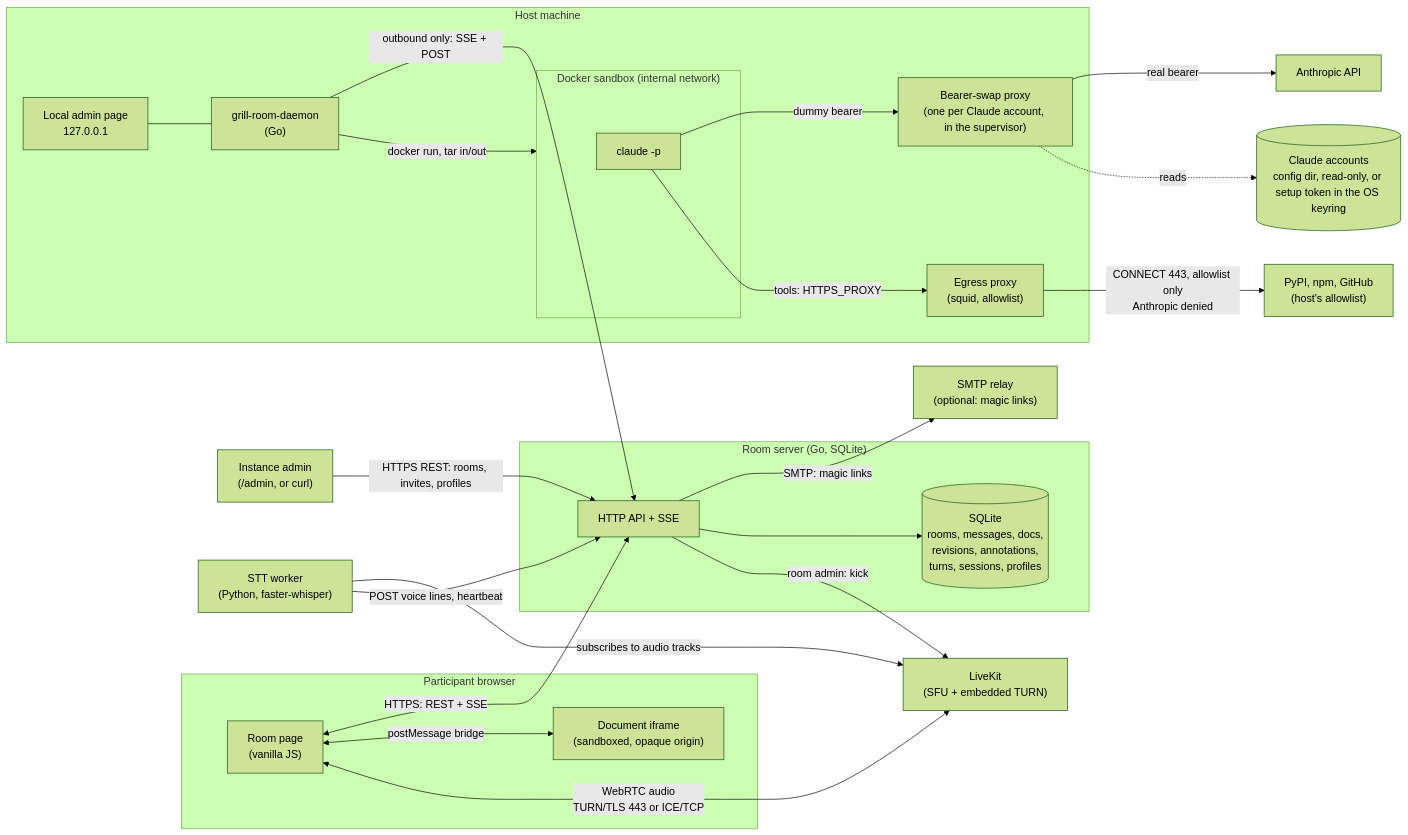
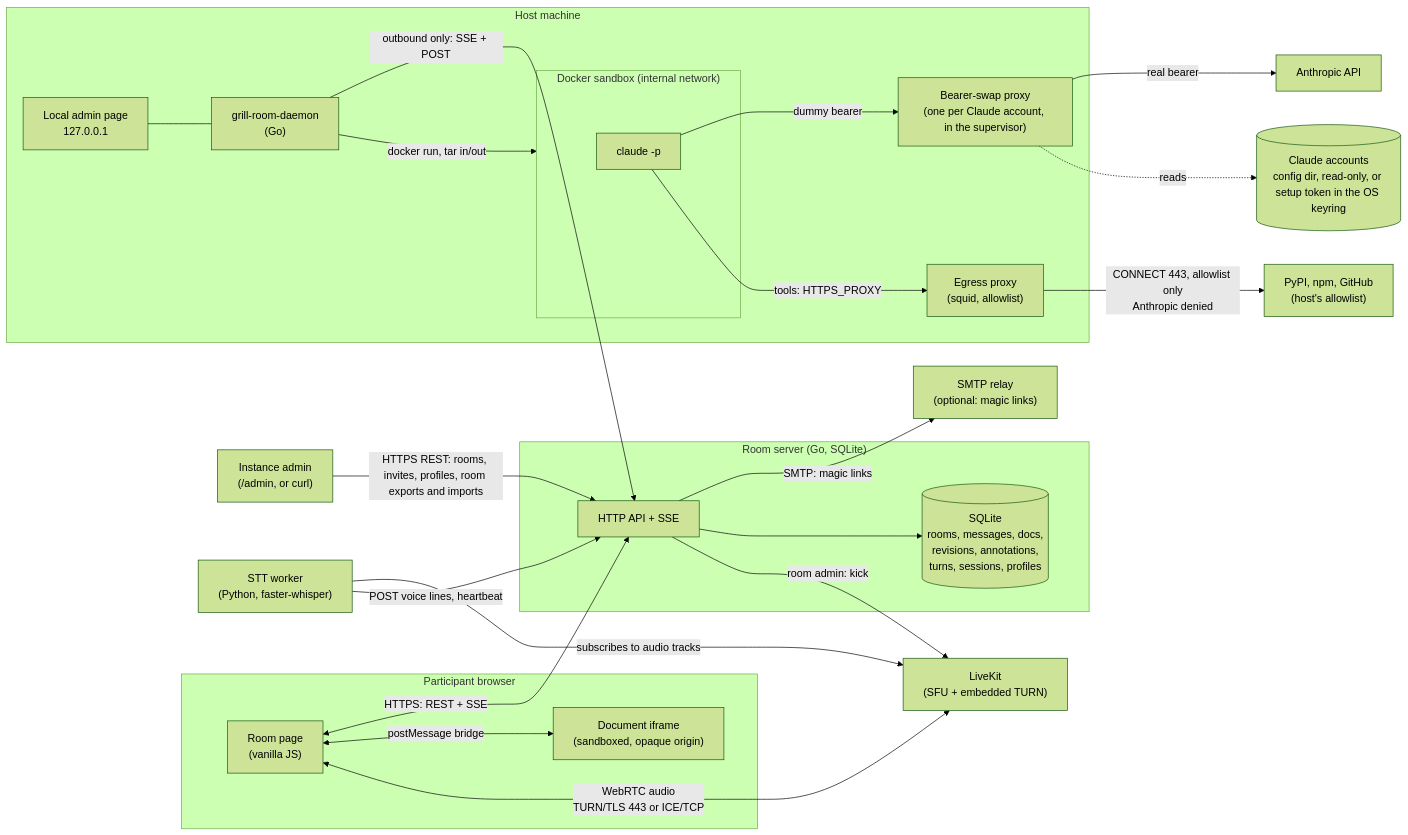
One commit to babs/grill-room changed the diagram in docs/architecture.md. Above: the diagram before and after it, drawn with Mermaid (forest theme). The commit also changed 30 other files, not shown here.

First line of the commit message:
feat(rooms): export a room to a tar.gz and import it as a new room

````diff
--- a/docs/architecture.md
+++ b/docs/architecture.md
@@ -5,48 +5,48 @@
 ```mermaid
 flowchart LR
   subgraph Browser["Participant browser"]
     UI["Room page<br/>(vanilla JS)"]
     Frame["Document iframe<br/>(sandboxed, opaque origin)"]
   end
 
   subgraph Server["Room server (Go, SQLite)"]
     API["HTTP API + SSE"]
     Store[("SQLite<br/>rooms, messages, docs,<br/>revisions, annotations,<br/>turns, sessions, profiles")]
   end
 
   AdminC["Instance admin<br/>(/admin, or curl)"]
   SMTP["SMTP relay<br/>(optional: magic links)"]
   LK["LiveKit<br/>(SFU + embedded TURN)"]
   STT["STT worker<br/>(Python, faster-whisper)"]
 
   subgraph Host["Host machine"]
     Daemon["grill-room-daemon<br/>(Go)"]
     Admin["Local admin page<br/>127.0.0.1"]
     Proxy["Bearer-swap proxy<br/>(one per Claude account, in the supervisor)"]
     subgraph Sandbox["Docker sandbox (internal network)"]
       Claude["claude -p"]
     end
     Squid["Egress proxy<br/>(squid, allowlist)"]
   end
 
   Anthropic["Anthropic API"]
   Creds[("Claude accounts<br/>config dir, read-only, or setup token in the OS keyring")]
 
   UI <-->|"HTTPS: REST + SSE"| API
-  AdminC -->|"HTTPS REST: rooms, invites, profiles"| API
+  AdminC -->|"HTTPS REST: rooms, invites, profiles, room exports and imports"| API
   API -->|"SMTP: magic links"| SMTP
   UI <-->|"postMessage bridge"| Frame
   UI <-->|"WebRTC audio<br/>TURN/TLS 443 or ICE/TCP"| LK
   STT -->|"subscribes to audio tracks"| LK
   STT -->|"POST voice lines, heartbeat"| API
   API --> Store
   API -->|"room admin: kick"| LK
   Daemon -->|"outbound only: SSE + POST"| API
   Admin --- Daemon
   Daemon -->|"docker run, tar in/out"| Sandbox
   Claude -->|"dummy bearer"| Proxy
   Proxy -->|"real bearer"| Anthropic
   Claude -->|"tools: HTTPS_PROXY"| Squid
   Squid -->|"CONNECT 443, allowlist only<br/>Anthropic denied"| Internet["PyPI, npm, GitHub<br/>(host's allowlist)"]
   Proxy -.->|"reads"| Creds
 ```
````
